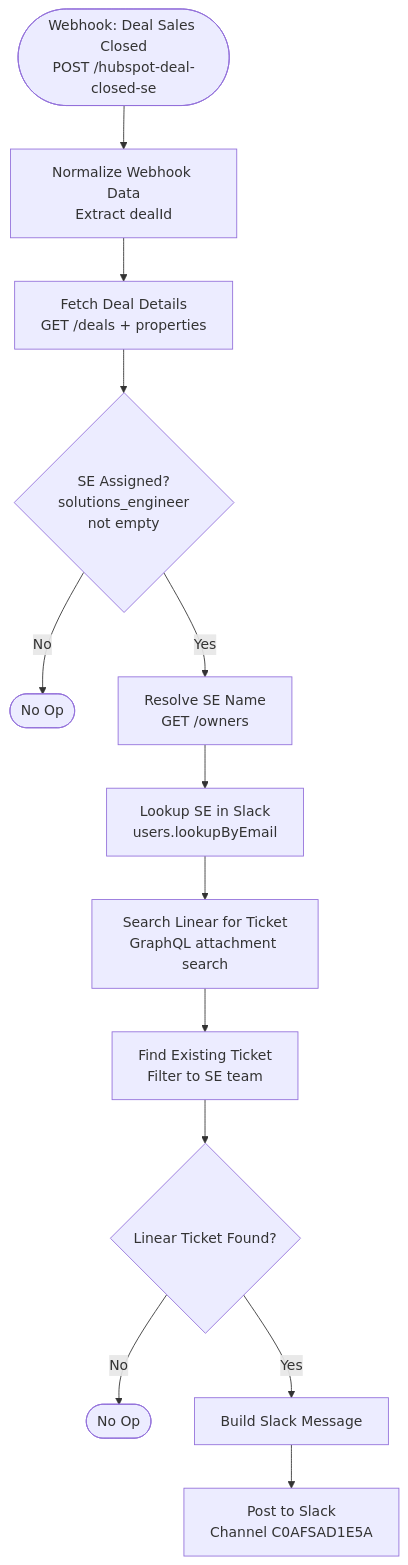
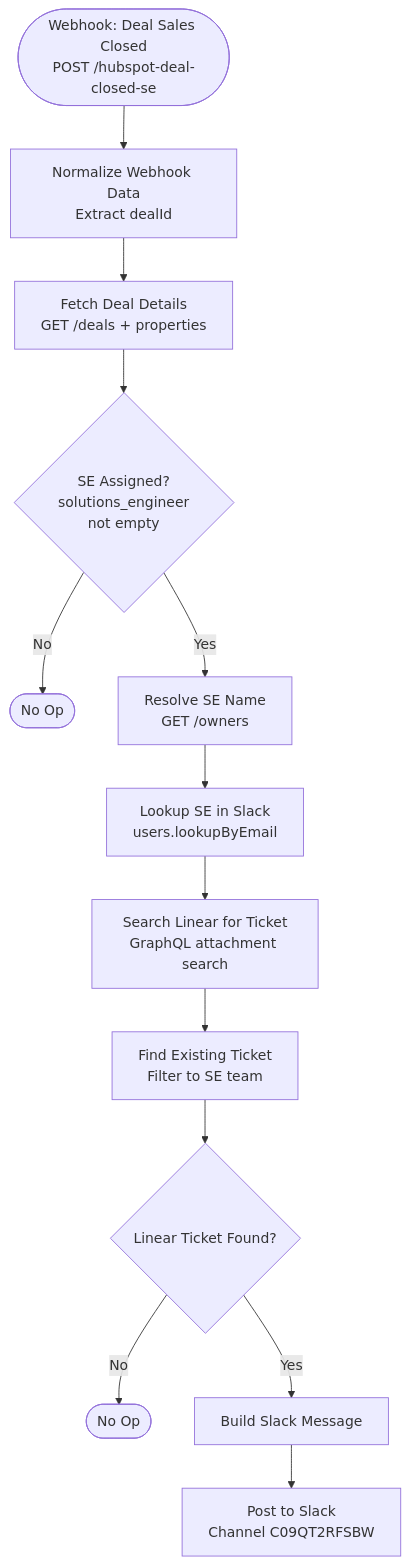
The diagram in workflows/hubspot-deal-closed-se-notification/architecture.mmd (isaachasbani-legalfly/workflow-automations), drawn with Mermaid before and after one commit. The commit also changed 6 other files, not shown here.

First line of the commit message:
feat: add Slack notification on SE ticket creation and update channel

```diff
--- a/workflows/hubspot-deal-closed-se-notification/architecture.mmd
+++ b/workflows/hubspot-deal-closed-se-notification/architecture.mmd
@@ -1,13 +1,13 @@
 flowchart TD
     Webhook([Webhook: Deal Sales Closed<br/>POST /hubspot-deal-closed-se]) --> Normalize[Normalize Webhook Data<br/>Extract dealId]
     Normalize --> FetchDeal[Fetch Deal Details<br/>GET /deals + properties]
     FetchDeal --> CheckSE{SE Assigned?<br/>solutions_engineer<br/>not empty}
     CheckSE -->|No| Stop1([No Op])
     CheckSE -->|Yes| ResolveSE[Resolve SE Name<br/>GET /owners]
     ResolveSE --> SlackLookup[Lookup SE in Slack<br/>users.lookupByEmail]
     SlackLookup --> SearchLinear[Search Linear for Ticket<br/>GraphQL attachment search]
     SearchLinear --> FindTicket[Find Existing Ticket<br/>Filter to SE team]
     FindTicket --> HasTicket{Linear Ticket Found?}
     HasTicket -->|No| Stop2([No Op])
     HasTicket -->|Yes| BuildMsg[Build Slack Message]
-    BuildMsg --> PostSlack[Post to Slack<br/>Channel C0AFSAD1E5A]
+    BuildMsg --> PostSlack[Post to Slack<br/>Channel C09QT2RFSBW]
```
